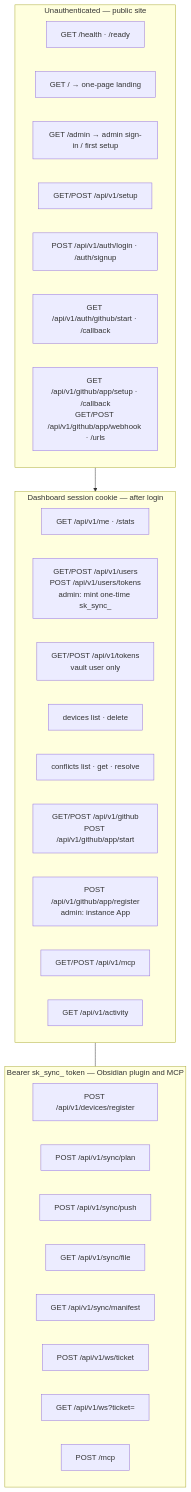
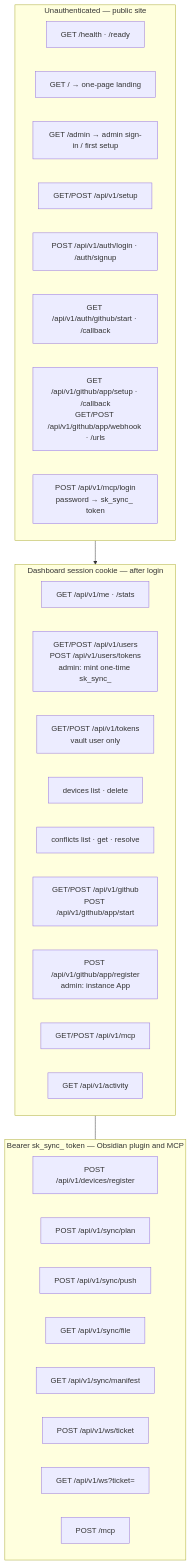
Before and after one commit to shangeethsivan/Syncidian: the third of 13 diagrams in docs/architecture.md, drawn with Mermaid. The commit also changed other lines of this file and 10 other files, not shown here.

First line of the commit message:
Expand MCP so agents can search, link, graph, and organize the vault.

````diff
--- a/docs/architecture.md
+++ b/docs/architecture.md
@@ -84,38 +84,39 @@
 ```mermaid
 flowchart TB
   subgraph public [Unauthenticated — public site]
     H["GET /health · /ready"]
     UI["GET /  → one-page landing"]
     AdminUI["GET /admin → admin sign-in / first setup"]
     S1["GET/POST /api/v1/setup"]
     L["POST /api/v1/auth/login · /auth/signup"]
     GHO["GET /api/v1/auth/github/start · /callback"]
     AppPub["GET /api/v1/github/app/setup · /callback<br/>GET/POST /api/v1/github/app/webhook · /urls"]
+    MCPLogin["POST /api/v1/mcp/login<br/>password → sk_sync_ token"]
   end
 
   subgraph session [Dashboard session cookie — after login]
     Me["GET /api/v1/me · /stats"]
     Users["GET/POST /api/v1/users<br/>POST /api/v1/users/tokens<br/>admin: mint one-time sk_sync_"]
     Tokens["GET/POST /api/v1/tokens<br/>vault user only"]
     Dev["devices list · delete"]
     Conf["conflicts list · get · resolve"]
     GH["GET/POST /api/v1/github<br/>POST /api/v1/github/app/start"]
     AppAdm["POST /api/v1/github/app/register<br/>admin: instance App"]
     MCPCfg["GET/POST /api/v1/mcp"]
     Act["GET /api/v1/activity"]
   end
 
   subgraph plugin [Bearer sk_sync_ token — Obsidian plugin and MCP]
     Reg["POST /api/v1/devices/register"]
     Plan["POST /api/v1/sync/plan"]
     Push["POST /api/v1/sync/push"]
     File["GET /api/v1/sync/file"]
     Man["GET /api/v1/sync/manifest"]
     Ticket["POST /api/v1/ws/ticket"]
     Sock["GET /api/v1/ws?ticket="]
     MCP["POST /mcp"]
   end
 
   public --> session
   session --- plugin
 ```
````
